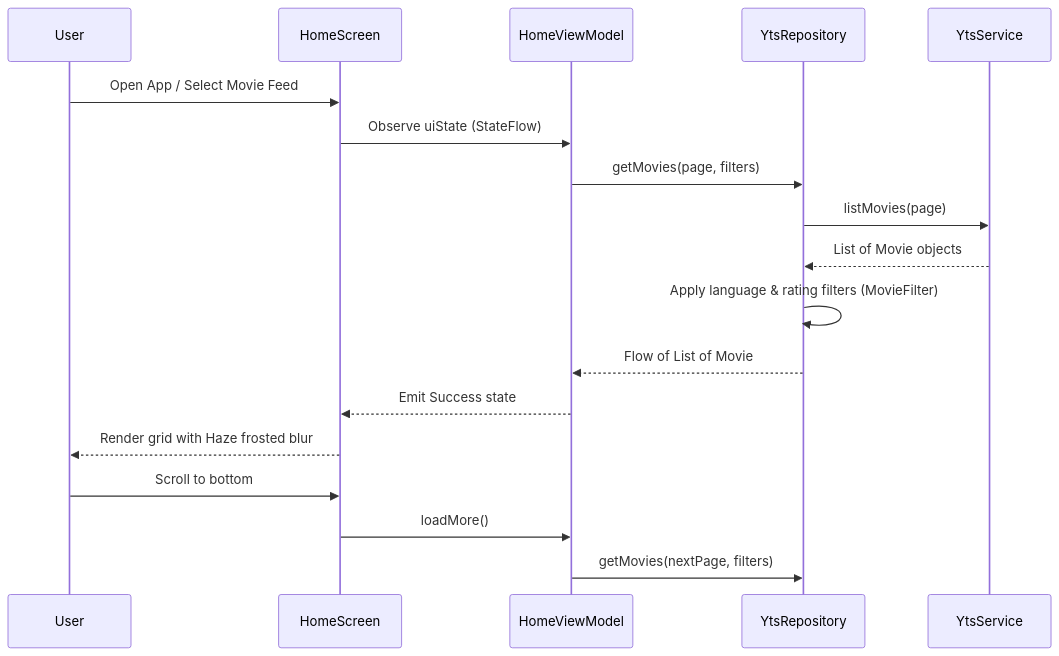
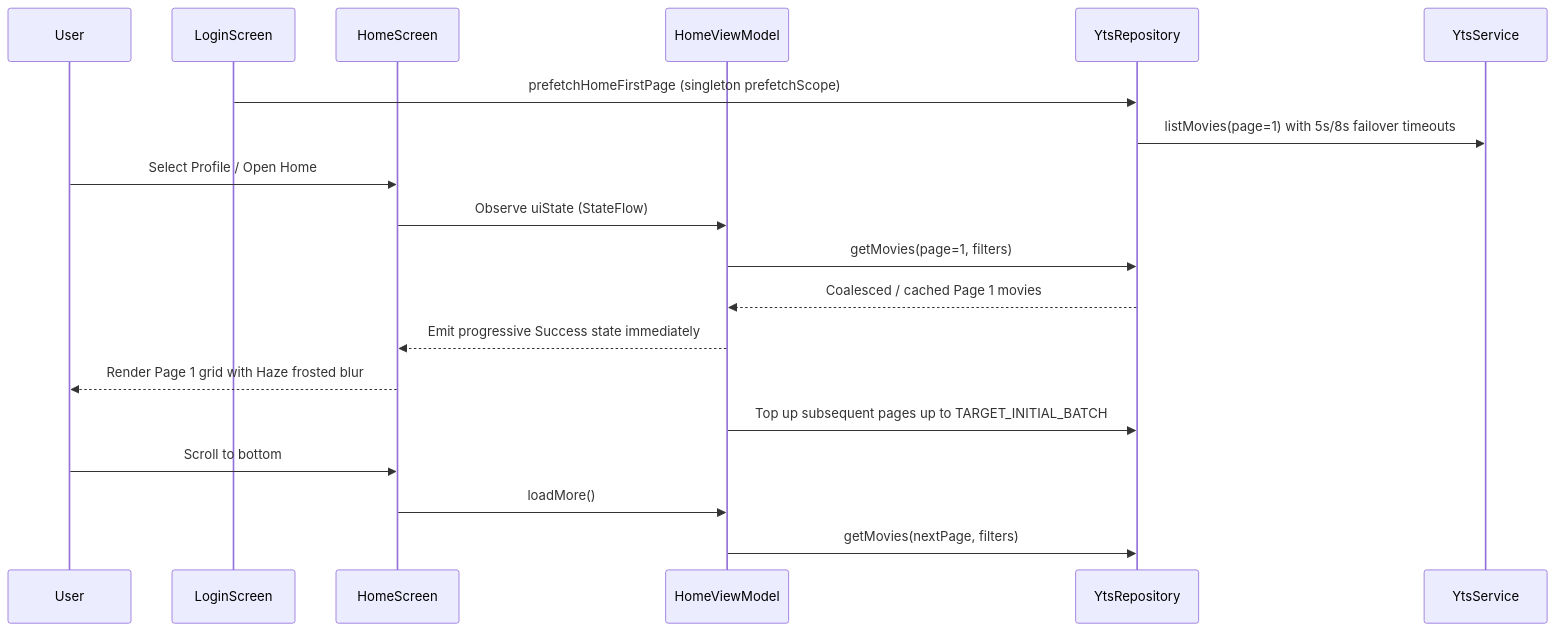
Before and after one commit to martinrevert/LaTorrentola: the second of 15 diagrams in ARCHITECTURE.md, drawn with Mermaid. The commit also changed other lines of this file and 24 other files, not shown here.

First line of the commit message:
catalog, sync: add offline TV progress cache, progressive Home startup, and watch history delta sync

````diff
--- a/ARCHITECTURE.md
+++ b/ARCHITECTURE.md
@@ -573,21 +575,22 @@
 ```mermaid
 sequenceDiagram
     participant U as User
+    participant LS as LoginScreen
     participant HS as HomeScreen
     participant VM as HomeViewModel
     participant R as YtsRepository
     participant N as YtsService
 
-    U->>HS: Open App / Select Movie Feed
+    LS->>R: prefetchHomeFirstPage (singleton prefetchScope)
+    R->>N: listMovies(page=1) with 5s/8s failover timeouts
+    U->>HS: Select Profile / Open Home
     HS->>VM: Observe uiState (StateFlow)
-    VM->>R: getMovies(page, filters)
-    R->>N: listMovies(page)
-    N-->>R: List of Movie objects
-    R->>R: Apply language & rating filters (MovieFilter)
-    R-->>VM: Flow of List of Movie
-    VM-->>HS: Emit Success state
-    HS-->>U: Render grid with Haze frosted blur
+    VM->>R: getMovies(page=1, filters)
+    R-->>VM: Coalesced / cached Page 1 movies
+    VM-->>HS: Emit progressive Success state immediately
+    HS-->>U: Render Page 1 grid with Haze frosted blur
+    VM->>R: Top up subsequent pages up to TARGET_INITIAL_BATCH
     U->>HS: Scroll to bottom
     HS->>VM: loadMore()
     VM->>R: getMovies(nextPage, filters)
 ```
````
